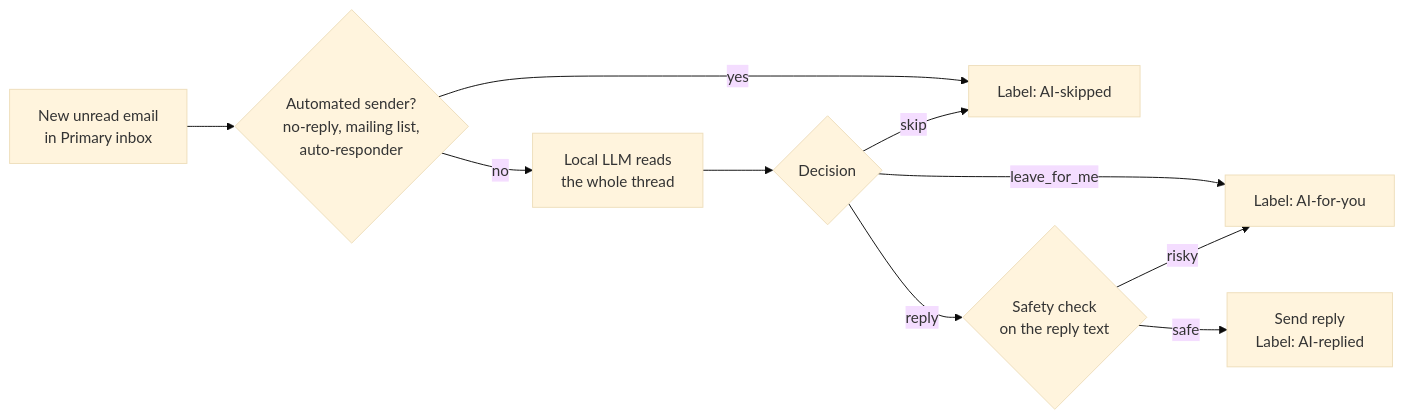
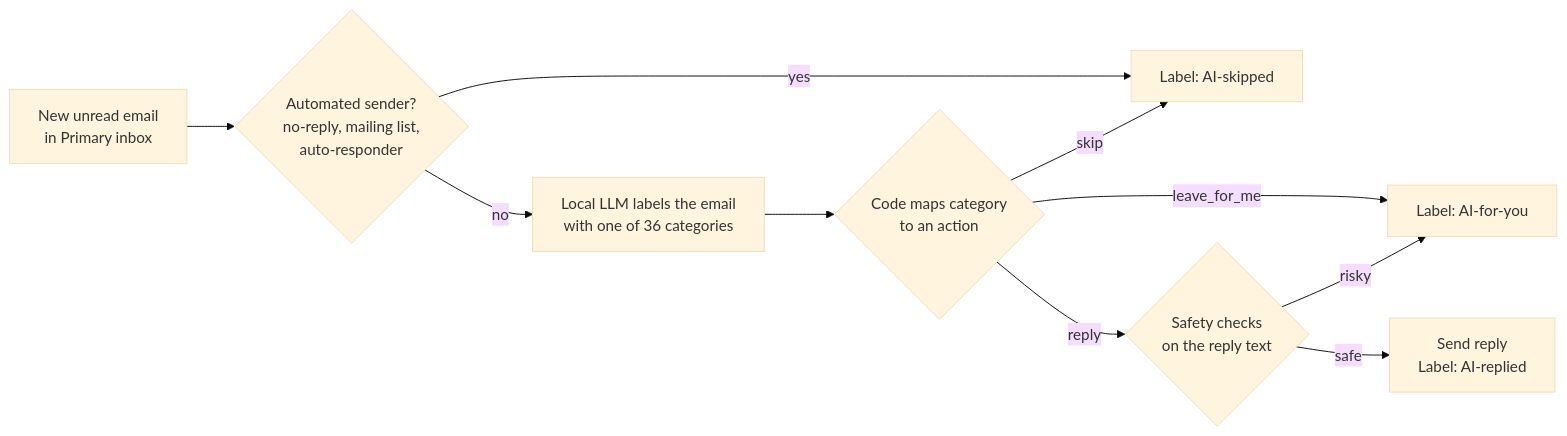
Before and after one commit to saifulislamrumi/auto_reply: the diagram in README.md, drawn with Mermaid (base theme). The commit also changed other lines of this file and 2 other files, not shown here.

Commit message:
Category-based decisions, full email taxonomy in prompt, stronger reply guards, 54-email eval

````diff
--- a/README.md
+++ b/README.md
@@ -11,12 +11,12 @@
 ```mermaid
 flowchart LR
     A[New unread email<br/>in Primary inbox] --> B{Automated sender?<br/>no-reply, mailing list,<br/>auto-responder}
     B -- yes --> S[Label: AI-skipped]
-    B -- no --> C[Local LLM reads<br/>the whole thread]
-    C --> D{Decision}
+    B -- no --> C[Local LLM labels the email<br/>with one of 36 categories]
+    C --> D{Code maps category<br/>to an action}
     D -- skip --> S
     D -- leave_for_me --> F[Label: AI-for-you]
-    D -- reply --> G{Safety check<br/>on the reply text}
+    D -- reply --> G{Safety checks<br/>on the reply text}
     G -- risky --> F
     G -- safe --> R[Send reply<br/>Label: AI-replied]
 ```
````
